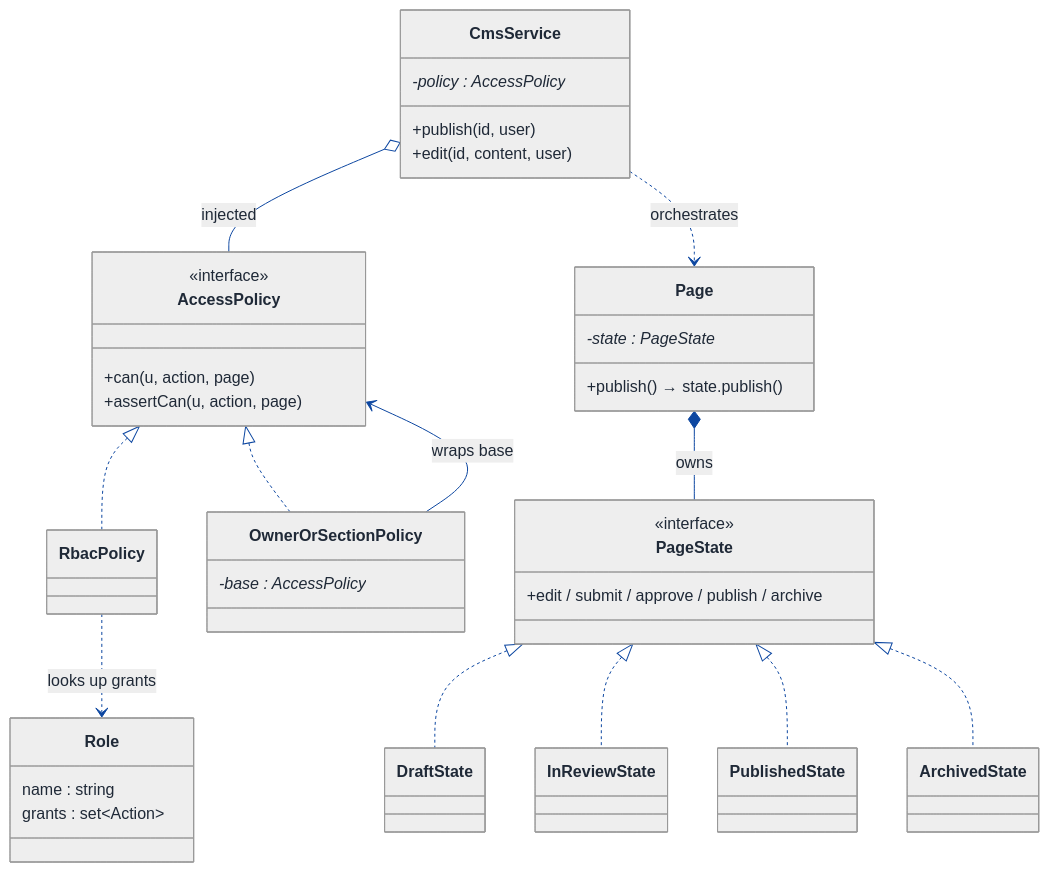
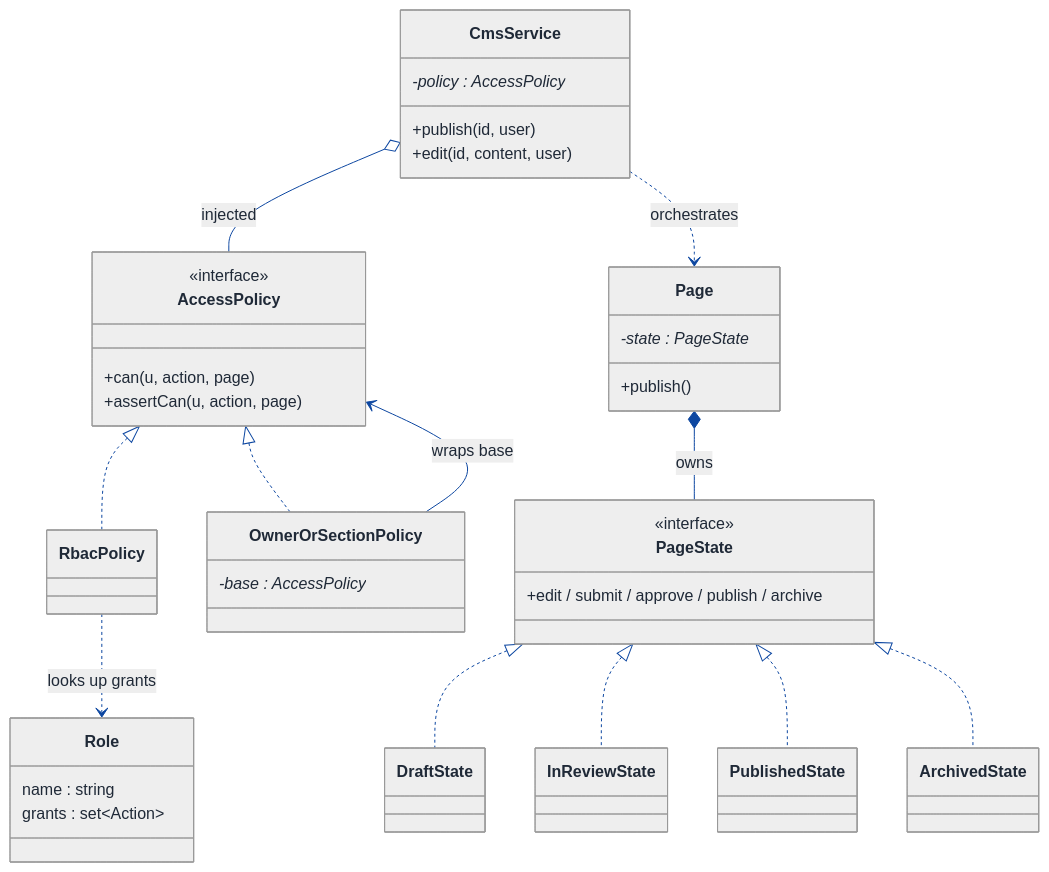
The fourth of 6 diagrams in LLD/Topics/Rule_Engine/Content_Management_System.md (Prateek-5/question-bank), drawn with Mermaid before and after one commit. The commit also changed other lines of this file and 61 other files, not shown here.

First line of the commit message:
Fix invalid mermaid classDiagram member syntax across LLD walkthroughs

````diff
--- a/LLD/Topics/Rule_Engine/Content_Management_System.md
+++ b/LLD/Topics/Rule_Engine/Content_Management_System.md
@@ -728,77 +728,77 @@
 ```mermaid
 ---
 config:
   theme: neutral
   themeVariables:
     background: '#ffffff'
     primaryColor: '#cfe2ff'
     primaryTextColor: '#1f2937'
     primaryBorderColor: '#084298'
     secondaryColor: '#fff3cd'
     secondaryTextColor: '#1f2937'
     secondaryBorderColor: '#664d03'
     tertiaryColor: '#d1e7dd'
     tertiaryTextColor: '#1f2937'
     tertiaryBorderColor: '#0a3622'
     lineColor: '#0d47a1'
     textColor: '#1f2937'
     noteBkgColor: '#fff3cd'
     noteTextColor: '#1f2937'
     noteBorderColor: '#997404'
     actorBkg: '#cfe2ff'
     actorBorder: '#084298'
     actorTextColor: '#1f2937'
     signalColor: '#0d47a1'
     signalTextColor: '#1f2937'
     labelBoxBkgColor: '#ffffff'
     labelBoxBorderColor: '#d3d3d3'
     labelTextColor: '#1f2937'
     edgeLabelBackground: '#ffffff'
     labelBackground: '#ffffff'
     classText: '#1f2937'
     fontFamily: 'system-ui, -apple-system, Segoe UI, Helvetica, Arial, sans-serif'
 ---
 classDiagram
   direction TB
   class CmsService {
     -policy : AccessPolicy*
     +publish(id, user)
     +edit(id, content, user)
   }
   class AccessPolicy {
     <<interface>>
     +can(u, action, page)
     +assertCan(u, action, page)
   }
   class RbacPolicy
   class OwnerOrSectionPolicy {
     -base : AccessPolicy*
   }
   class Role {
     name : string
     grants : set~Action~
   }
   class Page {
     -state : PageState*
-    +publish() → state.publish()
+    +publish()
   }
   class PageState {
     <<interface>>
     +edit / submit / approve / publish / archive
   }
   class DraftState
   class InReviewState
   class PublishedState
   class ArchivedState
   CmsService o-- AccessPolicy : injected
   AccessPolicy <|.. RbacPolicy
   AccessPolicy <|.. OwnerOrSectionPolicy
   OwnerOrSectionPolicy --> AccessPolicy : wraps base
   RbacPolicy ..> Role : looks up grants
   CmsService ..> Page : orchestrates
   Page *-- PageState : owns
   PageState <|.. DraftState
   PageState <|.. InReviewState
   PageState <|.. PublishedState
   PageState <|.. ArchivedState
 ```
````
